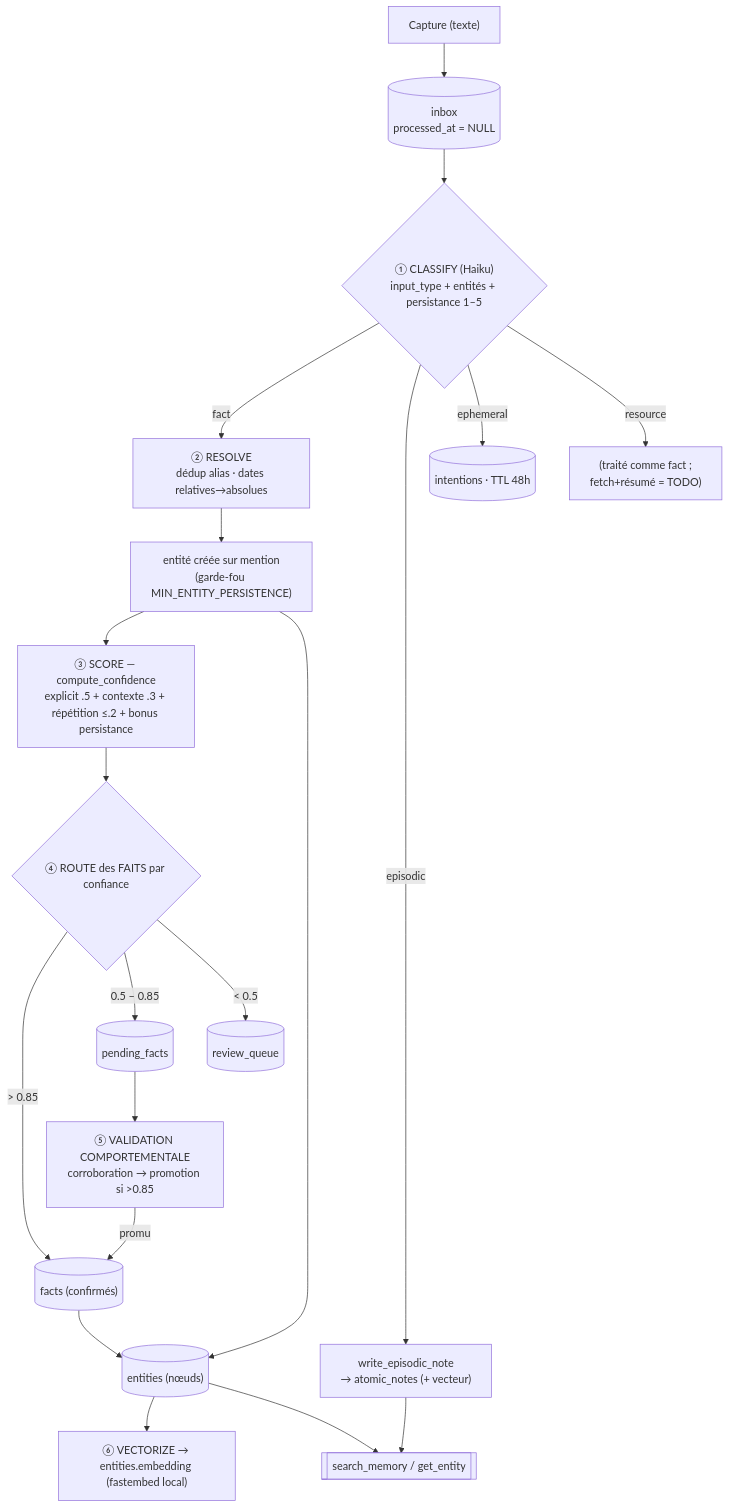
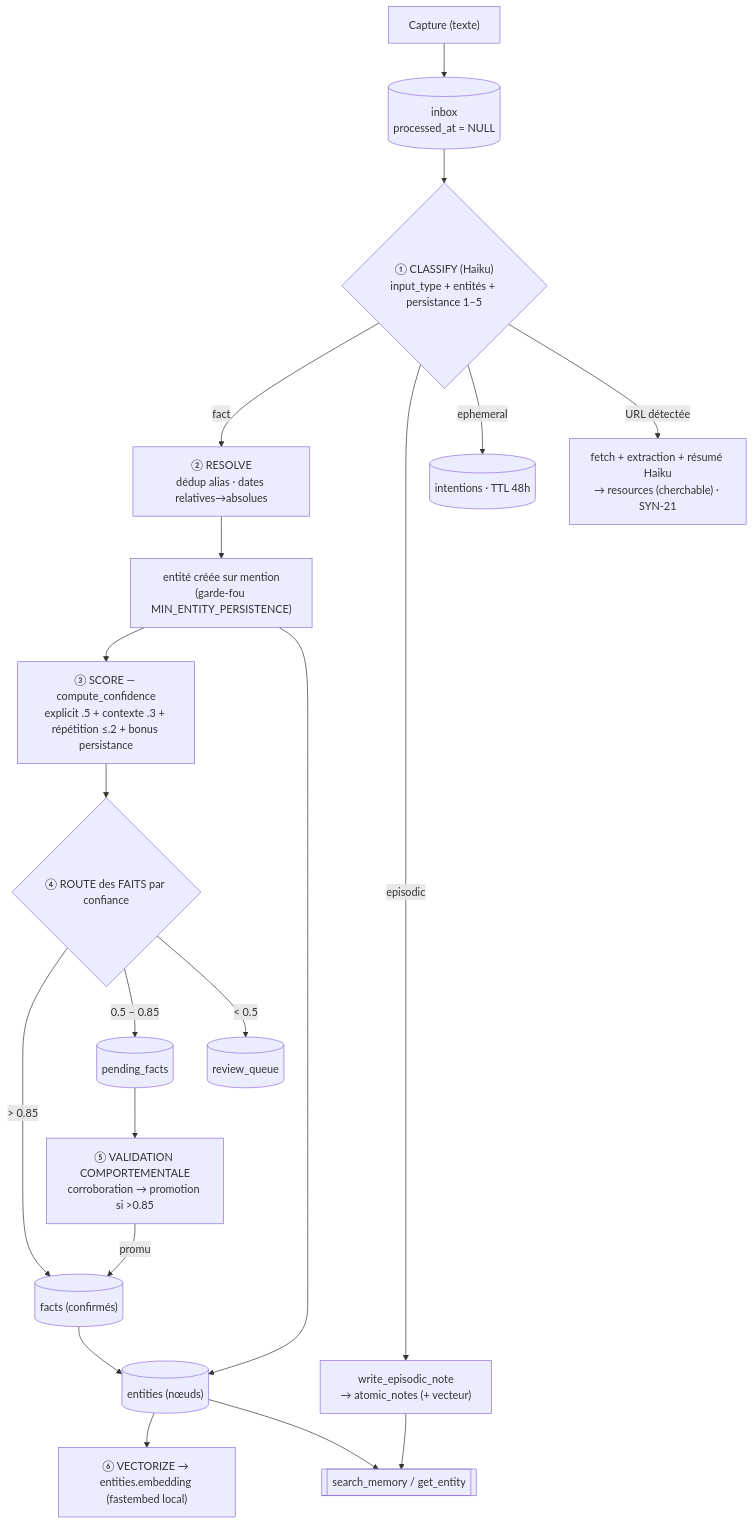
The second of 4 diagrams in docs/ARCHITECTURE.md (alexisraitano-myffu/synapse), drawn with Mermaid before and after one commit. The commit also changed other lines of this file and 1 other file, not shown here.

First line of the commit message:
docs: update CLAUDE.md + ARCHITECTURE for the entity-graph batch

````diff
--- a/docs/ARCHITECTURE.md
+++ b/docs/ARCHITECTURE.md
@@ -40,27 +40,27 @@
 ```mermaid
 flowchart TD
     Capture["Capture (texte)"] --> Inbox[("inbox<br/>processed_at = NULL")]
     Inbox --> Classify{"① CLASSIFY (Haiku)<br/>input_type + entités + persistance 1–5"}
 
     Classify -->|fact| Resolve["② RESOLVE<br/>dédup alias · dates relatives→absolues"]
     Classify -->|episodic| Episodic["write_episodic_note<br/>→ atomic_notes (+ vecteur)"]
     Classify -->|ephemeral| Intentions[("intentions · TTL 48h")]
-    Classify -->|resource| ResourceTODO["(traité comme fact ;<br/>fetch+résumé = TODO)"]
+    Classify -->|"URL détectée"| ResourceFetch["fetch + extraction + résumé Haiku<br/>→ resources (cherchable) · SYN-21"]
 
     Resolve --> Create["entité créée sur mention<br/>(garde-fou MIN_ENTITY_PERSISTENCE)"]
     Create --> Score["③ SCORE — compute_confidence<br/>explicit .5 + contexte .3 + répétition ≤.2 + bonus persistance"]
     Score --> Route{"④ ROUTE des FAITS par confiance"}
 
     Create --> Entities[("entities (nœuds)")]
     Route -->|"> 0.85"| Facts[("facts (confirmés)")]
     Route -->|"0.5 – 0.85"| Pending[("pending_facts")]
     Route -->|"< 0.5"| Review[("review_queue")]
     Facts --> Entities
 
     Pending --> Validate["⑤ VALIDATION COMPORTEMENTALE<br/>corroboration → promotion si >0.85"]
     Validate -->|promu| Facts
 
     Entities --> Vectorize["⑥ VECTORIZE → entities.embedding (fastembed local)"]
     Episodic --> Store[["search_memory / get_entity"]]
     Entities --> Store
 ```
````
